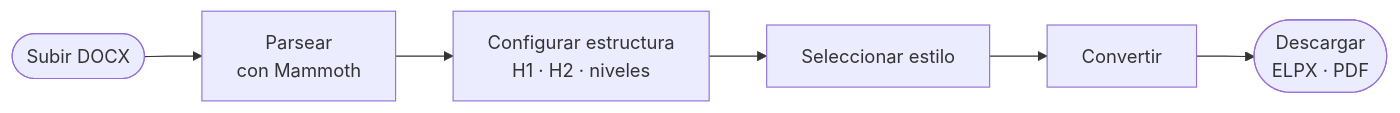
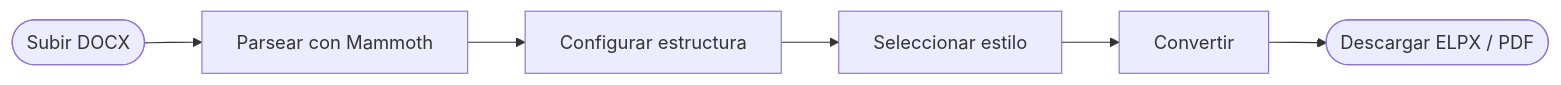
The second of 3 diagrams in README.md (MarioFlorido/BUA-convertidor-exe), drawn with Mermaid before and after one commit. The commit also changed other lines of this file and 2 other files, not shown here.

Commit message:
docs: simplificar sintaxis Mermaid - eliminar caracteres especiales

````diff
--- a/README.md
+++ b/README.md
@@ -164,8 +164,8 @@
 ```mermaid
 flowchart LR
-    A([Subir DOCX]) --> B[Parsear\ncon Mammoth]
-    B --> C["Configurar estructura\nH1 · H2 · niveles"]
+    A([Subir DOCX]) --> B[Parsear con Mammoth]
+    B --> C[Configurar estructura]
     C --> D[Seleccionar estilo]
     D --> E[Convertir]
-    E --> F([Descargar\nELPX · PDF])
+    E --> F([Descargar ELPX / PDF])
 ```
````
